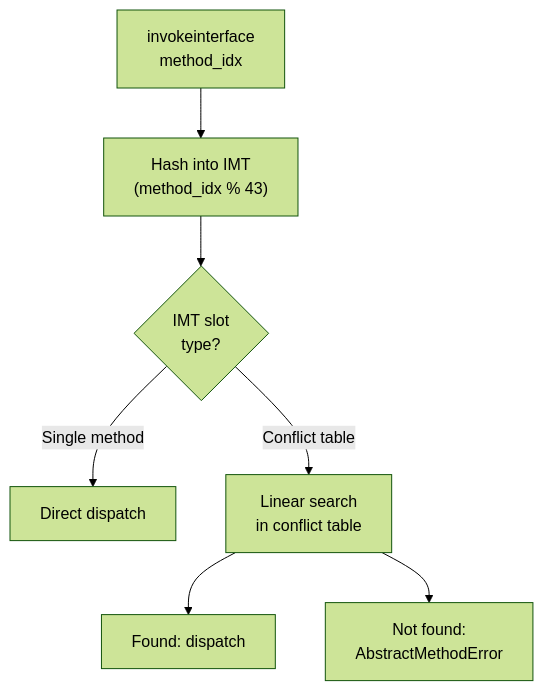
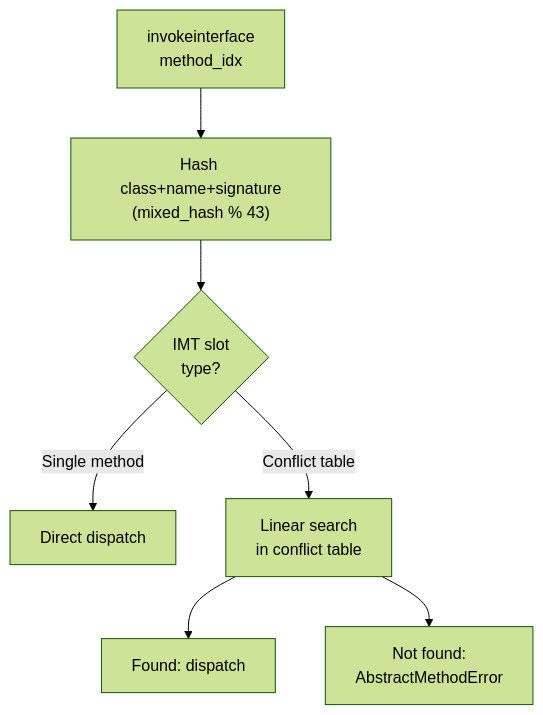
One commit to aospbooks/aosp-internal-book changed diagram 16 of 28 in 18-art-runtime.md. Above: the diagram before and after it, drawn with Mermaid (forest theme). The commit also changed other lines of this file and 218 other files, not shown here.

````diff
--- a/18-art-runtime.md
+++ b/18-art-runtime.md
@@ -3104,9 +3146,9 @@
 ```mermaid
 flowchart TD
-    A["invokeinterface\nmethod_idx"] --> B["Hash into IMT\n(method_idx % 43)"]
+    A["invokeinterface\nmethod_idx"] --> B["Hash class+name+signature\n(mixed_hash % 43)"]
     B --> C{"IMT slot\ntype?"}
     C -->|"Single method"| D["Direct dispatch"]
     C -->|"Conflict table"| E["Linear search\nin conflict table"]
     E --> F["Found: dispatch"]
     E --> G["Not found:\nAbstractMethodError"]
 ```
````
